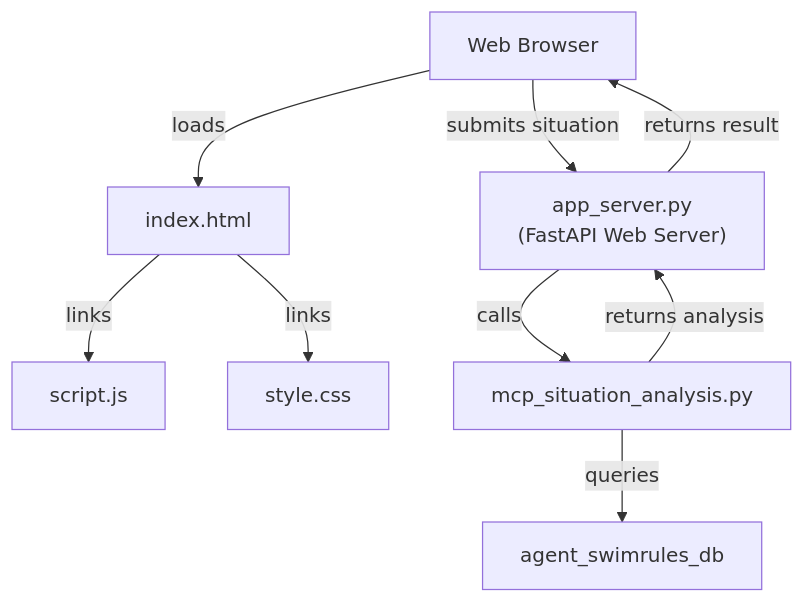
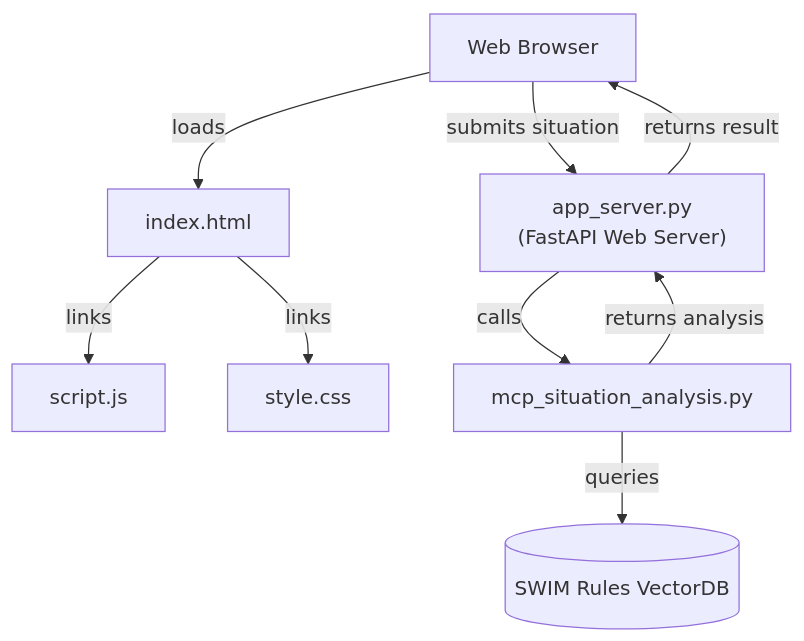
Before and after one commit to jimthompson5802/mcp_testlab: the diagram in mcp-swimrules/README.md, drawn with Mermaid.

Commit message:
docs: update README to clarify the representation of SWIM Rules VectorDB in system architecture diagram

````diff
--- a/mcp-swimrules/README.md
+++ b/mcp-swimrules/README.md
@@ -36,19 +36,19 @@
 ```mermaid
 flowchart TD
     Browser["Web Browser"]
     IndexHTML["index.html"]
     ScriptJS["script.js"]
     StyleCSS["style.css"]
     AppServer["app_server.py<br/>(FastAPI Web Server)"]
     MCPAnalysis["mcp_situation_analysis.py"]
-    SwimRulesDB["agent_swimrules_db"]
+    SwimRulesDB@{shape: cyl, label: "SWIM Rules VectorDB"}
 
     Browser -- loads --> IndexHTML
     IndexHTML -- links --> ScriptJS
     IndexHTML -- links --> StyleCSS
     Browser -- submits situation --> AppServer
     AppServer -- calls --> MCPAnalysis
     MCPAnalysis -- queries --> SwimRulesDB
     MCPAnalysis -- returns analysis --> AppServer
     AppServer -- returns result --> Browser
 ```
````
